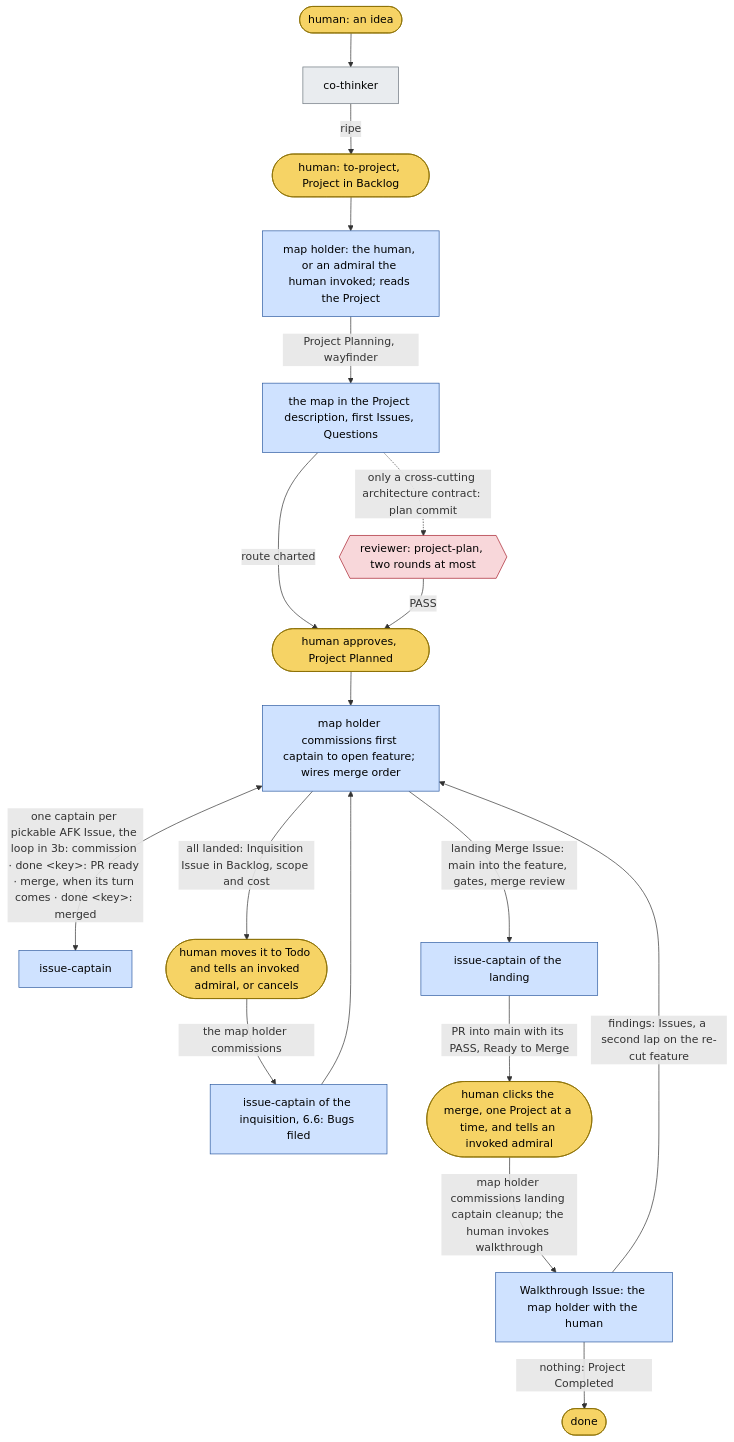
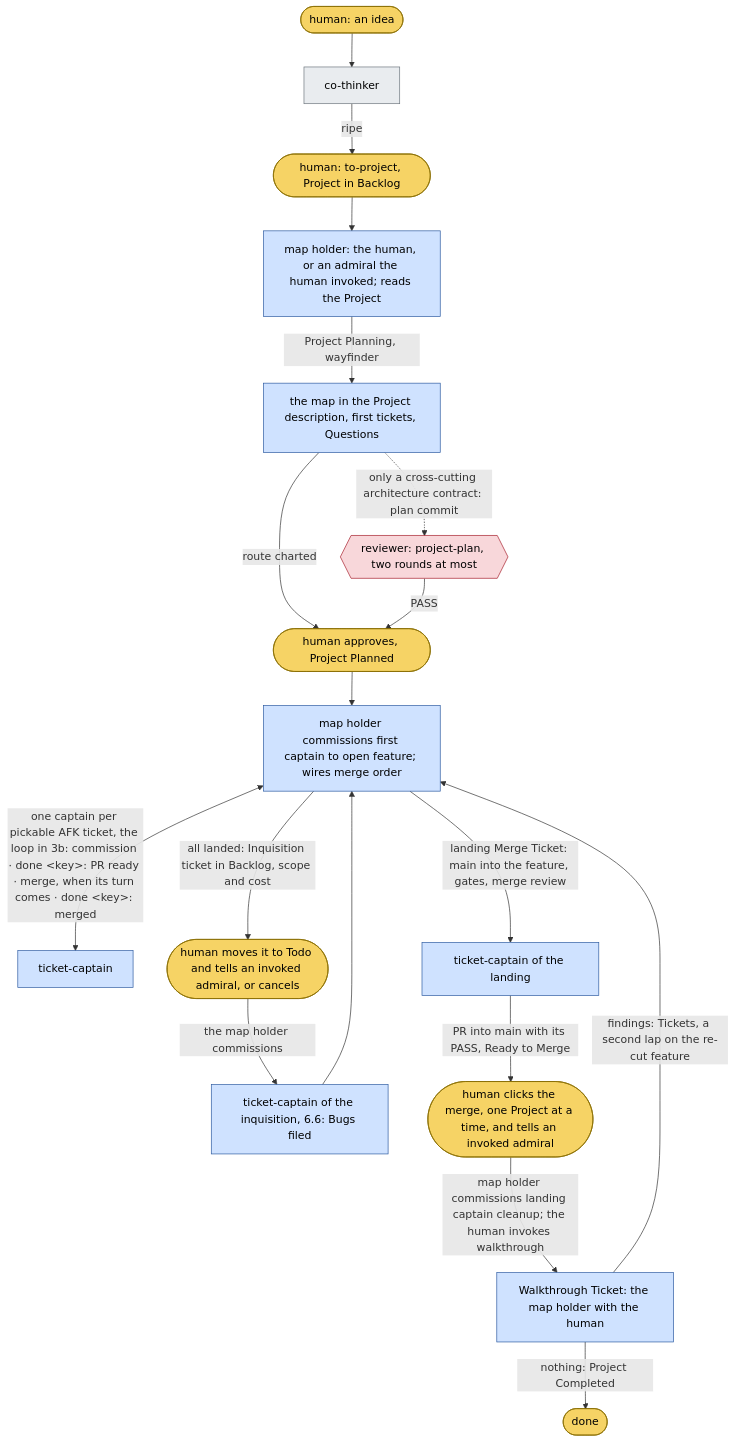
The first of 12 diagrams in dydo/understand/control-flow.md (bodnarbalazs/dydo), drawn with Mermaid before and after one commit. The commit also changed other lines of this file and 4 other files, not shown here.

````diff
--- a/dydo/understand/control-flow.md
+++ b/dydo/understand/control-flow.md
@@ -124,26 +124,26 @@
 ```mermaid
 flowchart TD
   classDef human fill:#f6d365,stroke:#8a6d00,color:#000
   classDef session fill:#e9ecef,stroke:#6c757d,color:#000
   classDef officer fill:#cfe2ff,stroke:#2c5aa0,color:#000
   classDef crew fill:#d4edda,stroke:#2e7d32,color:#000
   classDef reviewer fill:#f8d7da,stroke:#a71d2a,color:#000
 
   H0([human: an idea]):::human --> CT[co-thinker]:::session
   CT -->|ripe| TP([human: to-project, Project in Backlog]):::human
   TP --> AD[map holder: the human, or an admiral the human invoked; reads the Project]:::officer
-  AD -->|Project Planning, wayfinder| MAP[the map in the Project description, first Issues, Questions]:::officer
+  AD -->|Project Planning, wayfinder| MAP[the map in the Project description, first tickets, Questions]:::officer
   MAP -.->|only a cross-cutting architecture contract: plan commit| RP{{reviewer: project-plan, two rounds at most}}:::reviewer
   MAP -->|route charted| H1([human approves, Project Planned]):::human
   RP -->|PASS| H1
   H1 --> OP[map holder commissions first captain to open feature; wires merge order]:::officer
-  OP <-->|"one captain per pickable AFK Issue, the loop in 3b: commission · done &lt;key&gt;: PR ready · merge, when its turn comes · done &lt;key&gt;: merged"| IC[issue-captain]:::officer
-  OP -->|all landed: Inquisition Issue in Backlog, scope and cost| H2([human moves it to Todo and tells an invoked admiral, or cancels]):::human
-  H2 -->|the map holder commissions| IQ[issue-captain of the inquisition, 6.6: Bugs filed]:::officer
+  OP <-->|"one captain per pickable AFK ticket, the loop in 3b: commission · done &lt;key&gt;: PR ready · merge, when its turn comes · done &lt;key&gt;: merged"| IC[ticket-captain]:::officer
+  OP -->|all landed: Inquisition ticket in Backlog, scope and cost| H2([human moves it to Todo and tells an invoked admiral, or cancels]):::human
+  H2 -->|the map holder commissions| IQ[ticket-captain of the inquisition, 6.6: Bugs filed]:::officer
   IQ --> OP
-  OP -->|landing Merge Issue: main into the feature, gates, merge review| LM[issue-captain of the landing]:::officer
+  OP -->|landing Merge Ticket: main into the feature, gates, merge review| LM[ticket-captain of the landing]:::officer
   LM -->|PR into main with its PASS, Ready to Merge| H3([human clicks the merge, one Project at a time, and tells an invoked admiral]):::human
-  H3 -->|map holder commissions landing captain cleanup; the human invokes walkthrough| WT[Walkthrough Issue: the map holder with the human]:::officer
-  WT -->|findings: Issues, a second lap on the re-cut feature| OP
+  H3 -->|map holder commissions landing captain cleanup; the human invokes walkthrough| WT[Walkthrough Ticket: the map holder with the human]:::officer
+  WT -->|findings: Tickets, a second lap on the re-cut feature| OP
   WT -->|nothing: Project Completed| END([done]):::human
 ```
````
